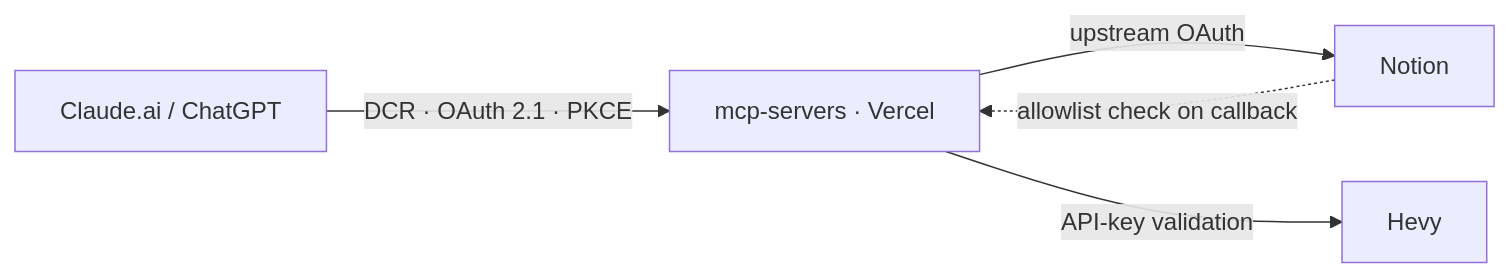
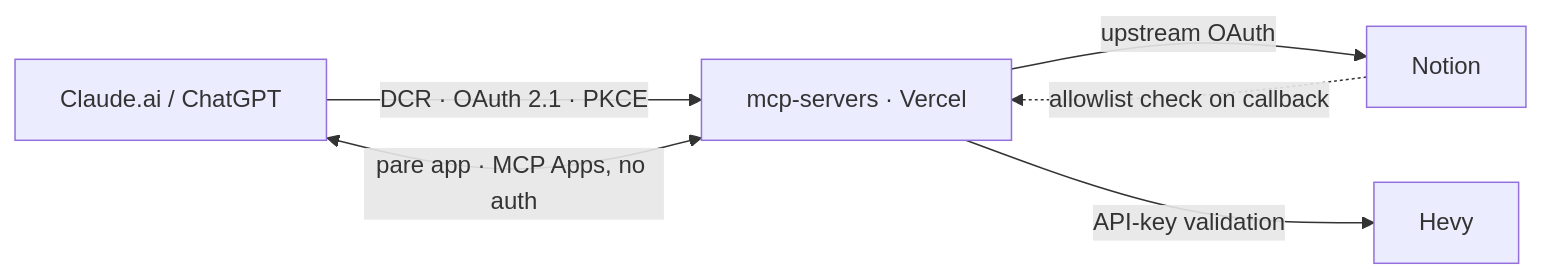
Before and after one commit to kincaidoneil/mcp-servers: the diagram in README.md, drawn with Mermaid. The commit also changed other lines of this file and 37 other files, not shown here.

````diff
--- a/README.md
+++ b/README.md
@@ -64,12 +93,13 @@
 ```mermaid
 flowchart LR
     client["Claude.ai / ChatGPT"]
     bridge["mcp-servers · Vercel"]
     notion["Notion"]
     hevy["Hevy"]
 
     client -->|"DCR · OAuth 2.1 · PKCE"| bridge
+    client <-->|"pare app · MCP Apps, no auth"| bridge
     bridge -->|"upstream OAuth"| notion
     notion -.->|"allowlist check on callback"| bridge
     bridge -->|"API-key validation"| hevy
 ```
````
